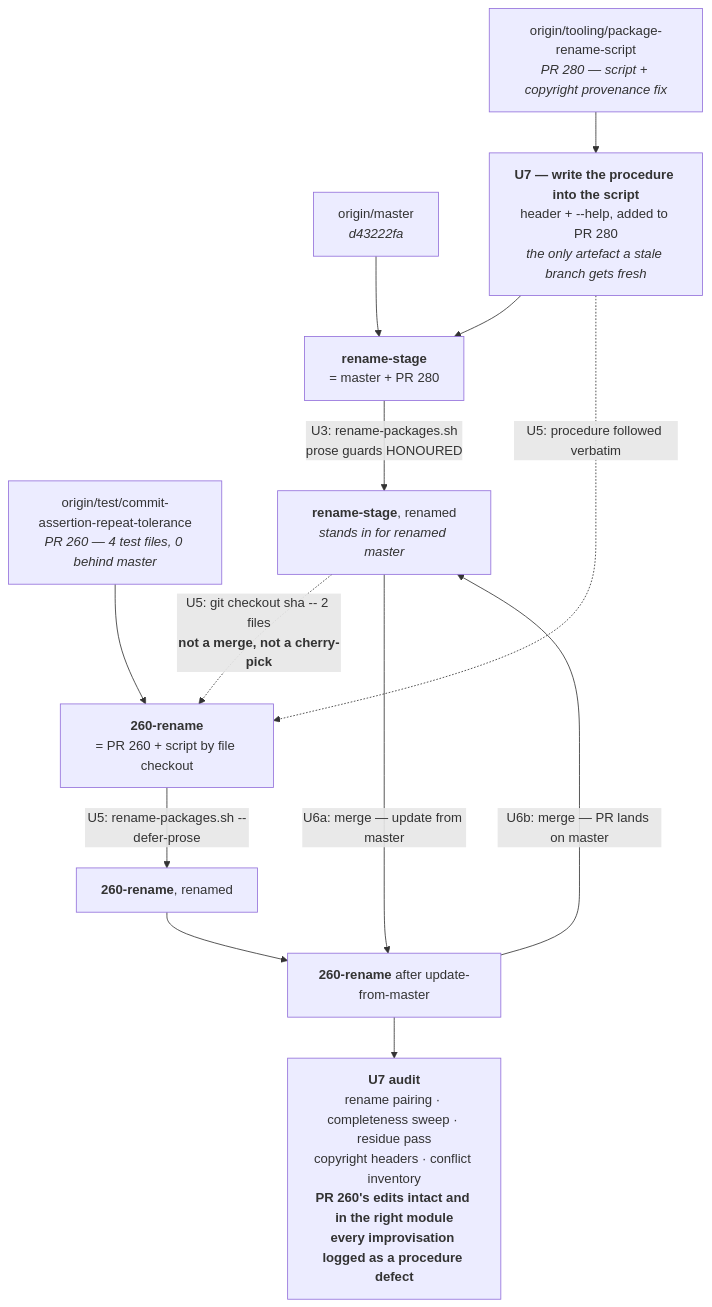
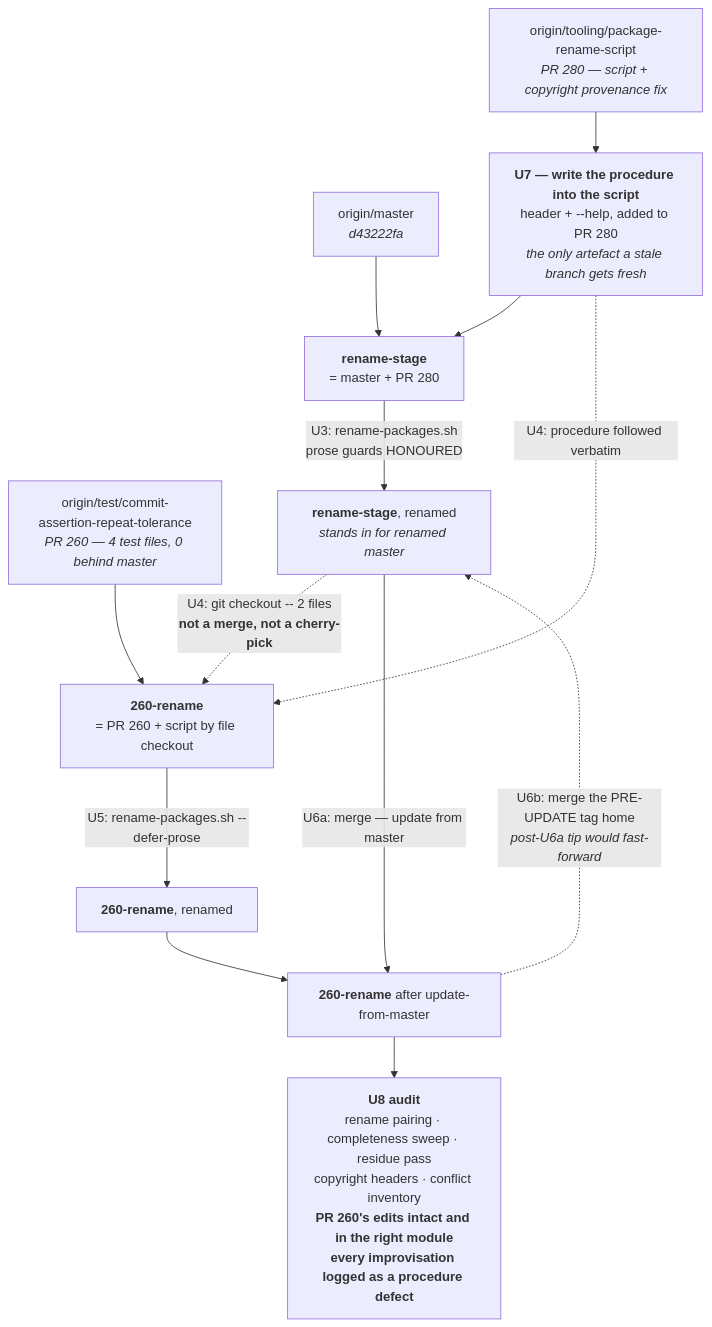
The diagram in docs/plans/2026-08-12-001-refactor-package-rename-dry-run-plan.md (astubbs/parallel-consumer), drawn with Mermaid before and after one commit. The commit also changed other lines of this file, not shown here.

````diff
--- a/docs/plans/2026-08-12-001-refactor-package-rename-dry-run-plan.md
+++ b/docs/plans/2026-08-12-001-refactor-package-rename-dry-run-plan.md
@@ -246,27 +258,27 @@
 ```mermaid
 flowchart TD
     M["origin/master<br/><i>d43222fa</i>"]
     P280["origin/tooling/package-rename-script<br/><i>PR 280 — script + copyright provenance fix</i>"]
     P260["origin/test/commit-assertion-repeat-tolerance<br/><i>PR 260 — 4 test files, 0 behind master</i>"]
 
     PROC["<b>U7 — write the procedure into the script</b><br/>header + --help, added to PR 280<br/><i>the only artefact a stale branch gets fresh</i>"]
 
     RS["<b>rename-stage</b><br/>= master + PR 280"]
     RSR["<b>rename-stage</b>, renamed<br/><i>stands in for renamed master</i>"]
     B260["<b>260-rename</b><br/>= PR 260 + script by file checkout"]
     B260R["<b>260-rename</b>, renamed"]
     B260M["<b>260-rename</b> after update-from-master"]
 
     P280 --> PROC
     M --> RS
     PROC --> RS
     RS -->|"U3: rename-packages.sh<br/>prose guards HONOURED"| RSR
     P260 --> B260
-    PROC -.->|"U5: procedure followed verbatim"| B260
-    RSR -.->|"U5: git checkout sha -- 2 files<br/><b>not a merge, not a cherry-pick</b>"| B260
+    PROC -.->|"U4: procedure followed verbatim"| B260
+    RSR -.->|"U4: git checkout -- 2 files<br/><b>not a merge, not a cherry-pick</b>"| B260
     B260 -->|"U5: rename-packages.sh --defer-prose"| B260R
     RSR -->|"U6a: merge — update from master"| B260M
     B260R --> B260M
-    B260M -->|"U6b: merge — PR lands on master"| RSR
-    B260M --> AUDIT["<b>U7 audit</b><br/>rename pairing · completeness sweep · residue pass<br/>copyright headers · conflict inventory<br/><b>PR 260's edits intact and in the right module</b><br/><b>every improvisation logged as a procedure defect</b>"]
+    B260M -.->|"U6b: merge the PRE-UPDATE tag home<br/><i>post-U6a tip would fast-forward</i>"| RSR
+    B260M --> AUDIT["<b>U8 audit</b><br/>rename pairing · completeness sweep · residue pass<br/>copyright headers · conflict inventory<br/><b>PR 260's edits intact and in the right module</b><br/><b>every improvisation logged as a procedure defect</b>"]
 ```
````
